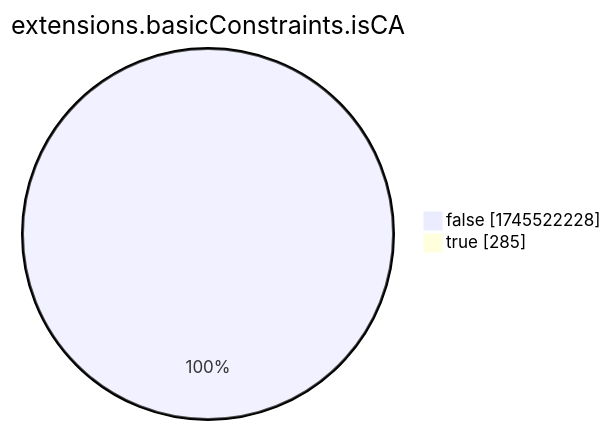
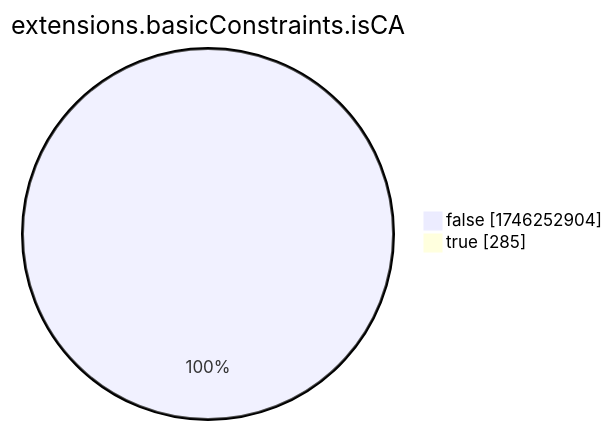
The eighth of 15 diagrams in xenon2022/README.md (christiankrug/ctmonitor_visualization), drawn with Mermaid before and after one commit. The commit also changed other lines of this file, not shown here.

````diff
--- a/xenon2022/README.md
+++ b/xenon2022/README.md
@@ -2867,6 +2867,6 @@
 ```mermaid
 pie showData
 title extensions.basicConstraints.isCA
-"false" :1745522228
+"false" :1746252904
 "true" :285
 ```
````
